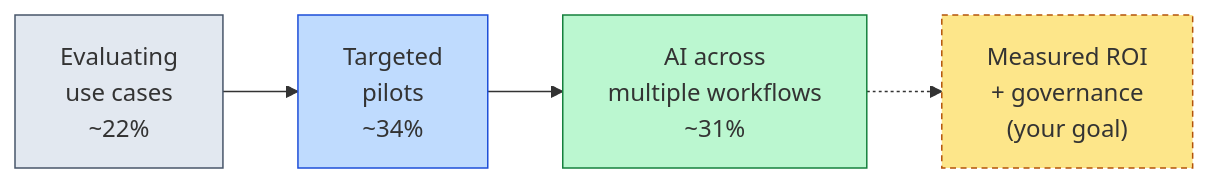
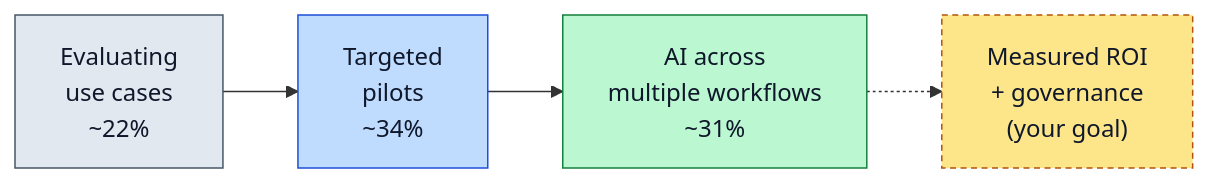
The third of 4 diagrams in docs/guides/ai-for-security-leaders.md (depalmar/ai_for_the_win), drawn with Mermaid before and after one commit. The commit also changed other lines of this file, not shown here.

Commit message:
docs: fix cost-example token math + Mermaid dark-mode legibility (#271)

````diff
--- a/docs/guides/ai-for-security-leaders.md
+++ b/docs/guides/ai-for-security-leaders.md
@@ -172,10 +172,10 @@
 ```mermaid
 flowchart LR
     A["Evaluating<br/>use cases<br/>~22%"] --> B["Targeted<br/>pilots<br/>~34%"]
     B --> C["AI across<br/>multiple workflows<br/>~31%"]
     C -.-> D["Measured ROI<br/>+ governance<br/>(your goal)"]
-    style A fill:#e2e8f0,stroke:#475569
-    style B fill:#bfdbfe,stroke:#1d4ed8
-    style C fill:#bbf7d0,stroke:#15803d
-    style D fill:#fde68a,stroke:#b45309,stroke-dasharray: 4 3
+    style A fill:#e2e8f0,stroke:#475569,color:#0f172a
+    style B fill:#bfdbfe,stroke:#1d4ed8,color:#0f172a
+    style C fill:#bbf7d0,stroke:#15803d,color:#0f172a
+    style D fill:#fde68a,stroke:#b45309,color:#0f172a,stroke-dasharray: 4 3
 ```
````
